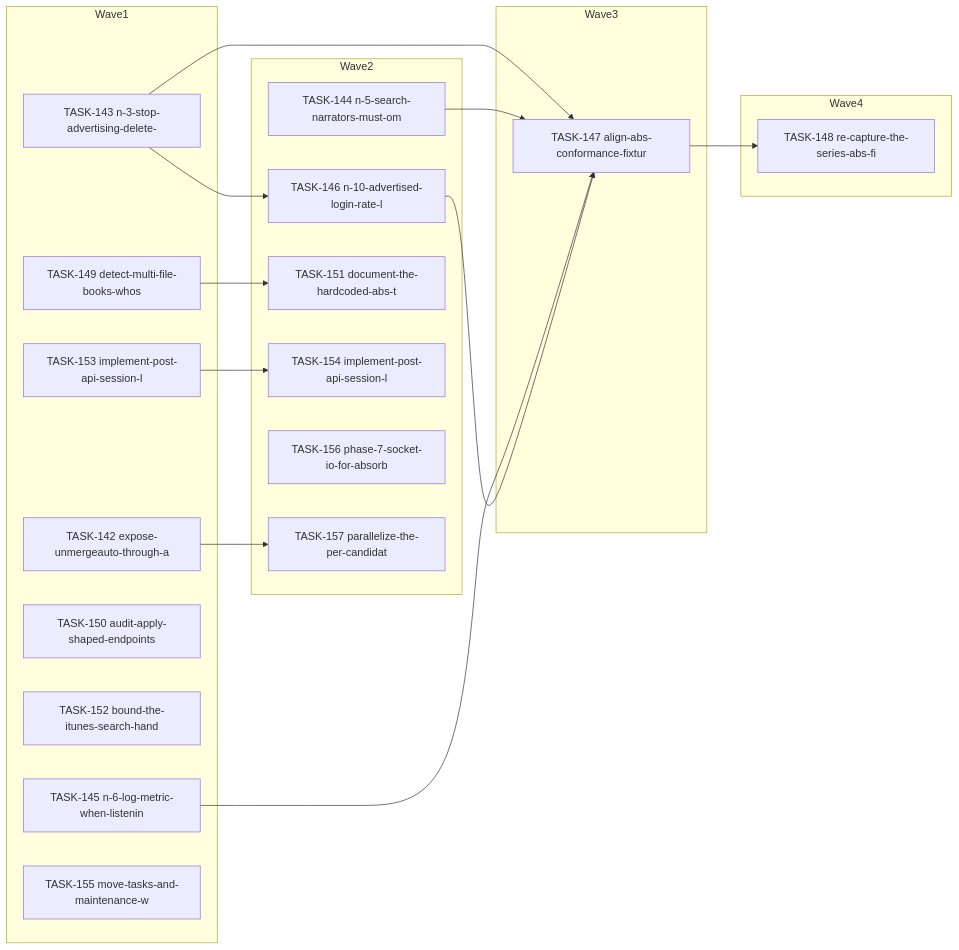
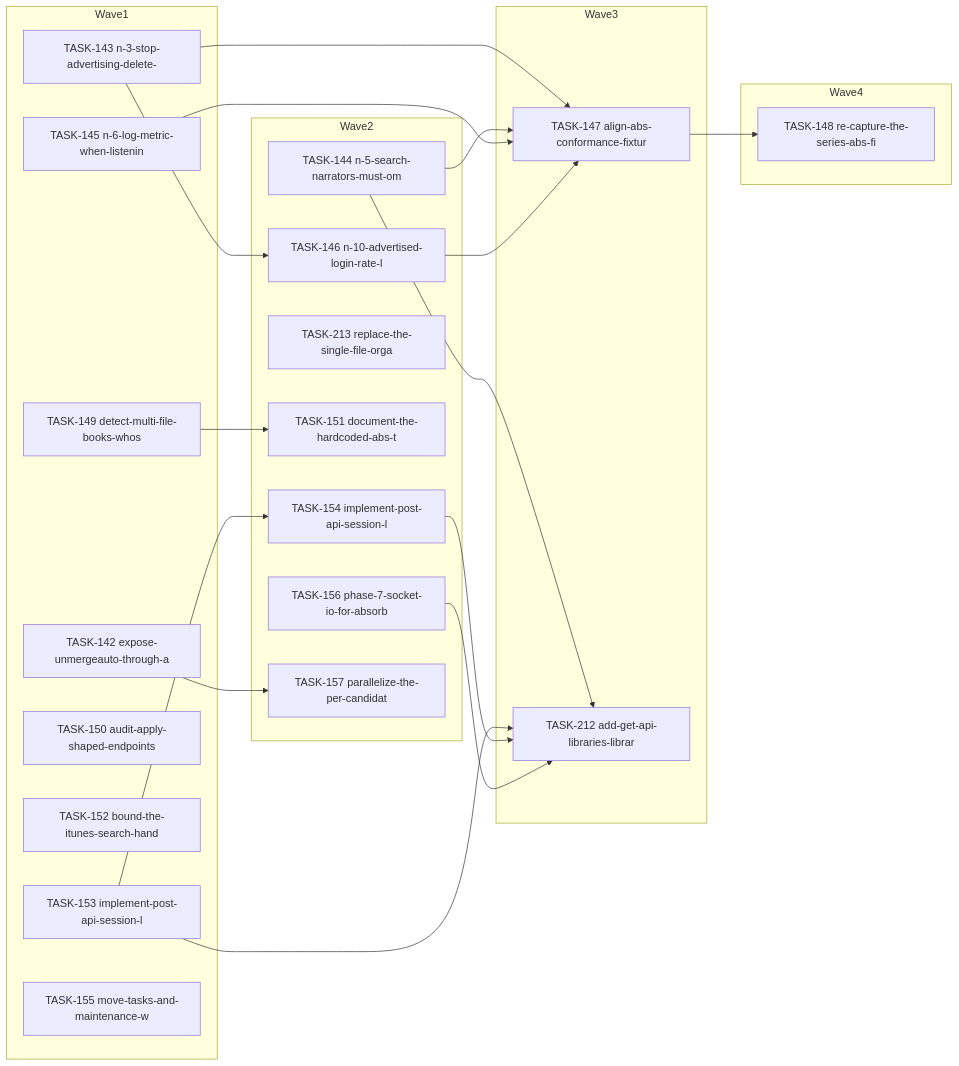
One commit to falkcorp/audiobook-organizer changed the diagram in docs/agent-tasks/todo-completion/server-handlers/orchestration.md. Above: the diagram before and after it, drawn with Mermaid. The commit also changed other lines of this file and 275 other files, not shown here.

````diff
--- a/docs/agent-tasks/todo-completion/server-handlers/orchestration.md
+++ b/docs/agent-tasks/todo-completion/server-handlers/orchestration.md
@@ -12,36 +12,42 @@
 ```mermaid
 flowchart LR
     subgraph Wave1
       TASK142[TASK-142 expose-unmergeauto-through-a]
       TASK143[TASK-143 n-3-stop-advertising-delete-]
       TASK145[TASK-145 n-6-log-metric-when-listenin]
       TASK149[TASK-149 detect-multi-file-books-whos]
       TASK150[TASK-150 audit-apply-shaped-endpoints]
       TASK152[TASK-152 bound-the-itunes-search-hand]
       TASK153[TASK-153 implement-post-api-session-l]
       TASK155[TASK-155 move-tasks-and-maintenance-w]
     end
     subgraph Wave2
       TASK144[TASK-144 n-5-search-narrators-must-om]
       TASK146[TASK-146 n-10-advertised-login-rate-l]
+      TASK213[TASK-213 replace-the-single-file-orga]
       TASK151[TASK-151 document-the-hardcoded-abs-t]
       TASK154[TASK-154 implement-post-api-session-l]
       TASK156[TASK-156 phase-7-socket-io-for-absorb]
       TASK157[TASK-157 parallelize-the-per-candidat]
     end
     subgraph Wave3
       TASK147[TASK-147 align-abs-conformance-fixtur]
+      TASK212[TASK-212 add-get-api-libraries-librar]
     end
     subgraph Wave4
       TASK148[TASK-148 re-capture-the-series-abs-fi]
     end
     TASK142 --> TASK157
     TASK143 --> TASK146
     TASK143 --> TASK147
     TASK144 --> TASK147
+    TASK144 --> TASK212
     TASK145 --> TASK147
     TASK146 --> TASK147
     TASK147 --> TASK148
     TASK149 --> TASK151
     TASK153 --> TASK154
+    TASK153 --> TASK212
+    TASK154 --> TASK212
+    TASK156 --> TASK212
 ```
````
